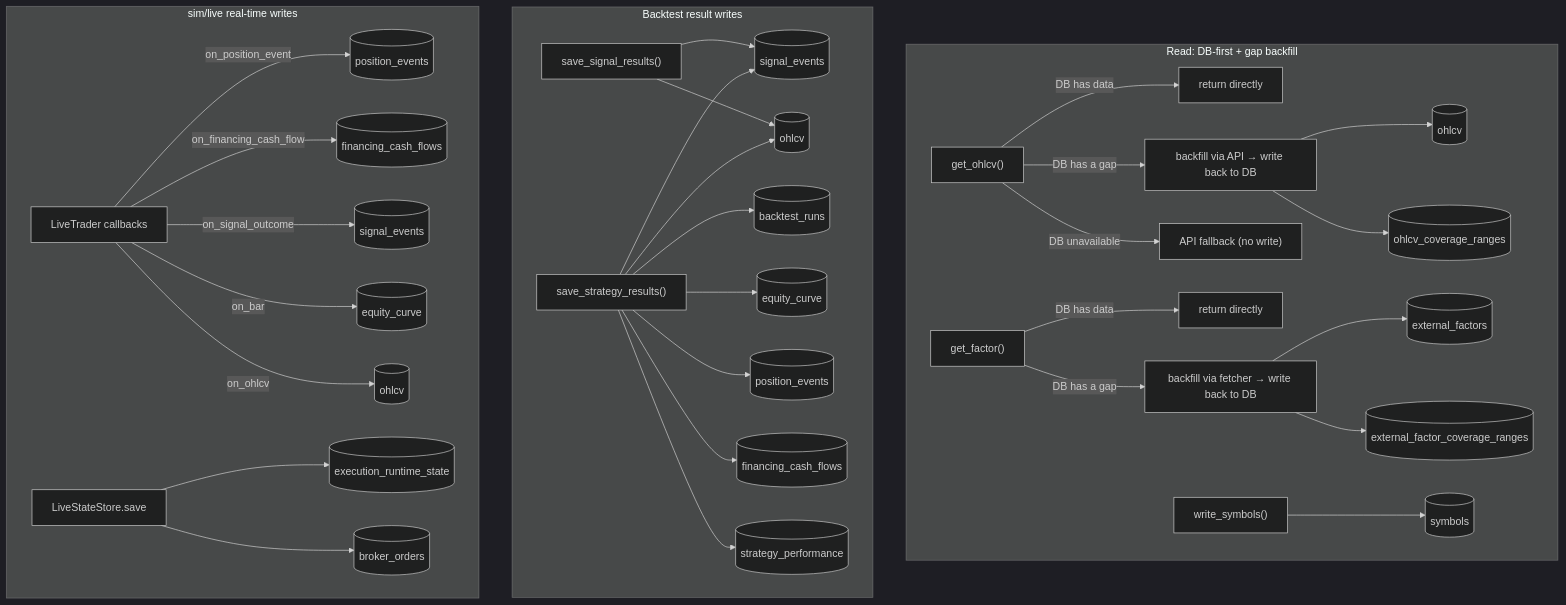
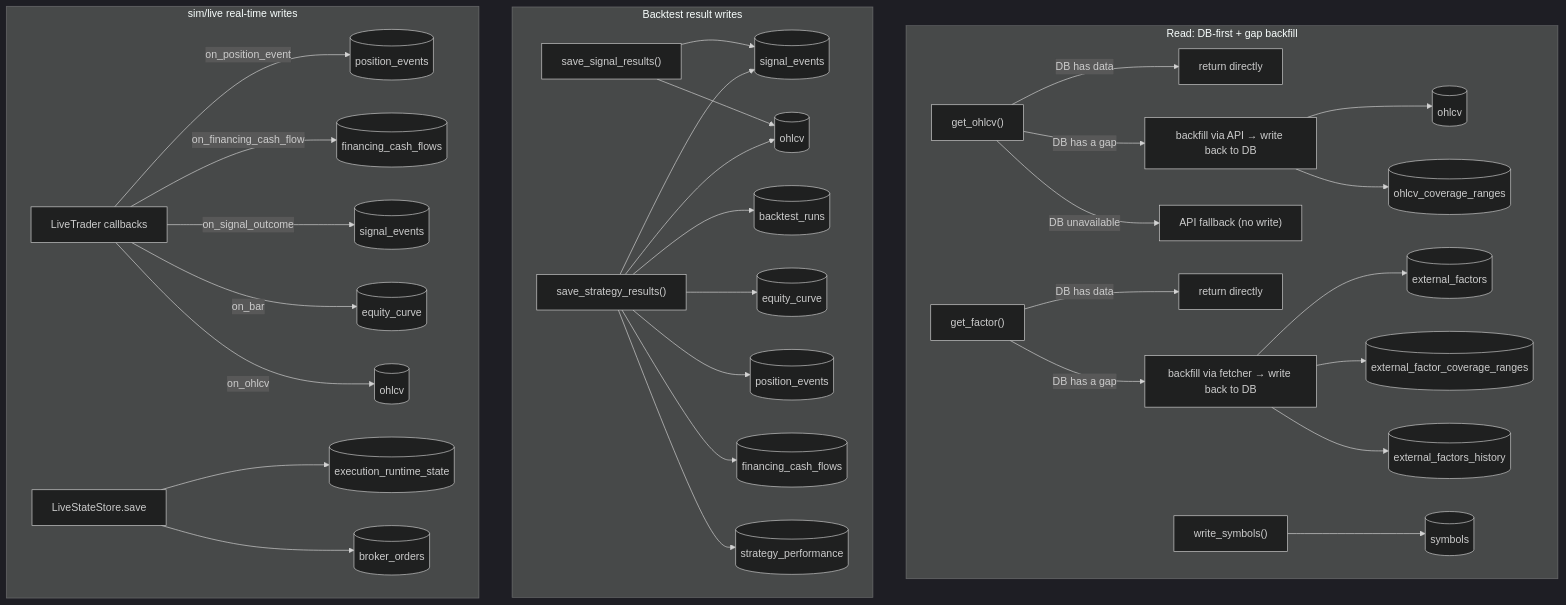
One commit to awwesomeman/librae changed the diagram in architecture.md. Above: the diagram before and after it, drawn with Mermaid (dark theme). The commit also changed other lines of this file and 6 other files, not shown here.

````diff
--- a/architecture.md
+++ b/architecture.md
@@ -749,40 +749,41 @@
 ```mermaid
 flowchart TD
     subgraph read["Read: DB-first + gap backfill"]
         get_ohlcv["get_ohlcv()"] -- "DB has data" --> direct1["return directly"]
         get_ohlcv -- "DB has a gap" --> apifill["backfill via API → write back to DB"]
         get_ohlcv -- "DB unavailable" --> fallback["API fallback (no write)"]
         apifill --> r_ohlcv[("ohlcv")]
         apifill --> r_ohlcv_cov[("ohlcv_coverage_ranges")]
 
         get_factor["get_factor()"] -- "DB has data" --> direct2["return directly"]
         get_factor -- "DB has a gap" --> factorfill["backfill via fetcher → write back to DB"]
         factorfill --> r_factors[("external_factors")]
         factorfill --> r_factor_cov[("external_factor_coverage_ranges")]
+        factorfill --> r_factor_hist[("external_factors_history")]
 
         sync_symbols["write_symbols()"] --> r_symbols[("symbols")]
     end
 
     subgraph backtest["Backtest result writes"]
         save_signal["save_signal_results()"] --> b_signal_events[("signal_events")]
         save_signal --> b_ohlcv[("ohlcv")]
 
         save_strategy["save_strategy_results()"] --> b_backtest_runs[("backtest_runs")]
         save_strategy --> b_equity_curve[("equity_curve")]
         save_strategy --> b_position_events[("position_events")]
         save_strategy --> b_funding[("financing_cash_flows")]
         save_strategy --> b_strategy_perf[("strategy_performance")]
         save_strategy --> b_signal_events
         save_strategy --> b_ohlcv
     end
 
     subgraph live["sim/live real-time writes"]
         callbacks["LiveTrader callbacks"] -- on_position_event --> l_position_events[("position_events")]
         callbacks -- on_financing_cash_flow --> l_funding[("financing_cash_flows")]
         callbacks -- on_signal_outcome --> l_signal_events[("signal_events")]
         callbacks -- on_bar --> l_equity_curve[("equity_curve")]
         callbacks -- on_ohlcv --> l_ohlcv[("ohlcv")]
         checkpoint["LiveStateStore.save"] --> l_runtime[("execution_runtime_state")]
         checkpoint --> l_orders[("broker_orders")]
     end
 ```
````
